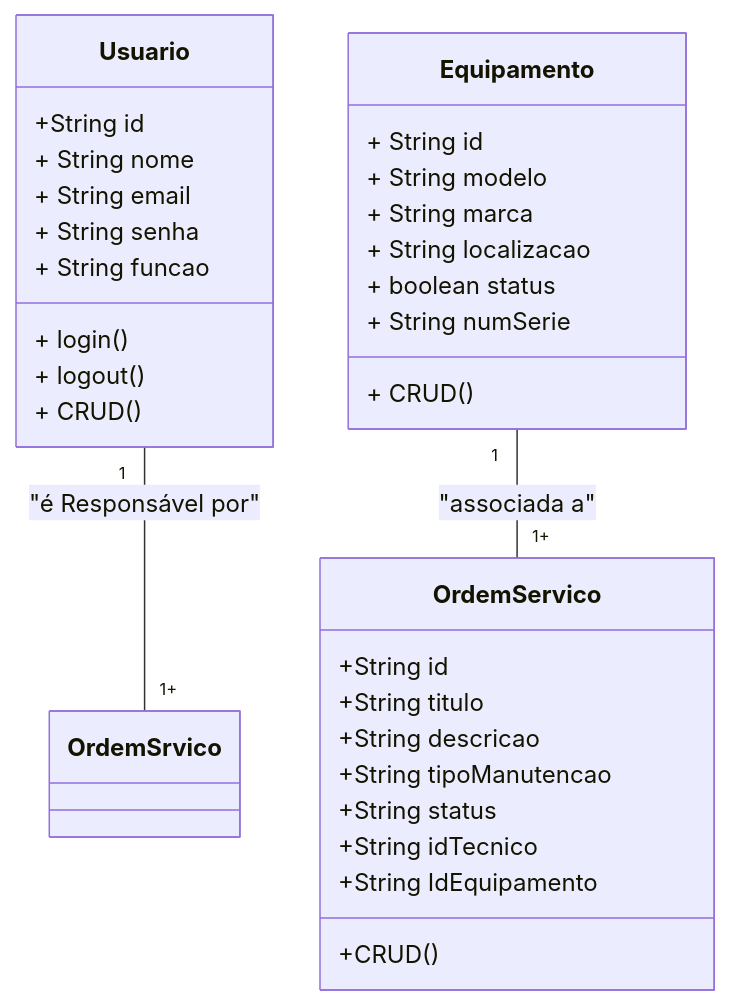
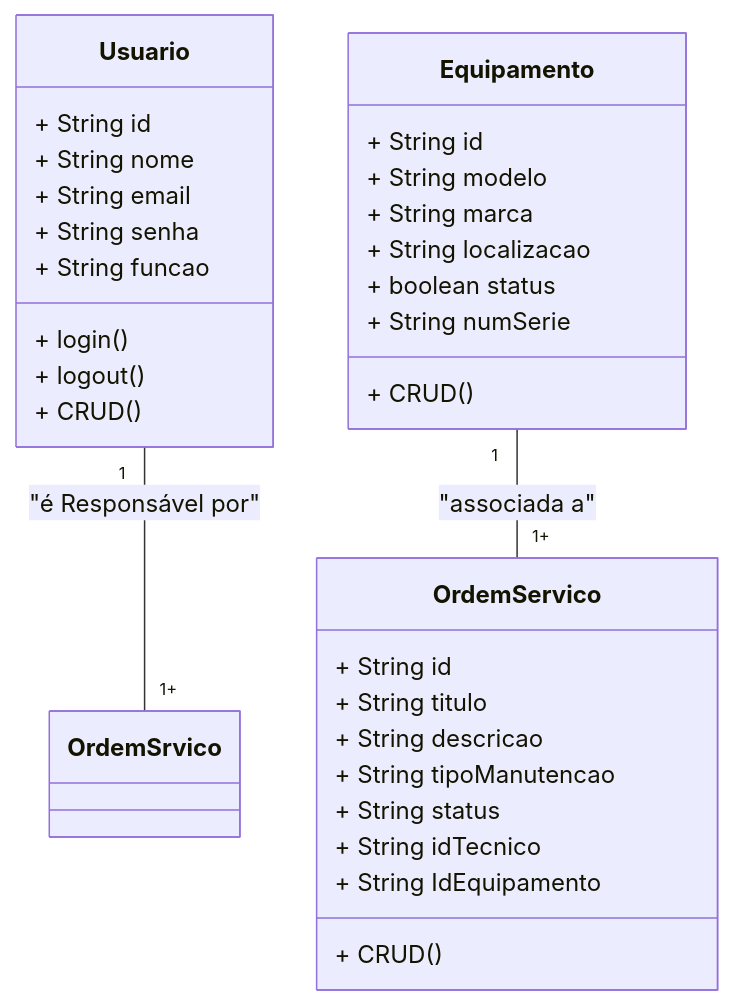
The first of 2 diagrams in Frameworks/Next/formativa-sgm/README.md (JPcardosoo/FrontEnd), drawn with Mermaid before and after one commit. The commit also changed other lines of this file, not shown here.

````diff
--- a/Frameworks/Next/formativa-sgm/README.md
+++ b/Frameworks/Next/formativa-sgm/README.md
@@ -50,40 +50,40 @@
 ```mermaid
 
 classDiagram
 
 class Usuario {
-    +String id
+    + String id
     + String nome
     + String email
     + String senha
     + String funcao
     + login()
     + logout()
     + CRUD()
 }
 
 class Equipamento{
     + String id
     + String modelo
     + String marca
     + String localizacao
     + boolean status
     + String numSerie
     + CRUD()
 }
 
     class OrdemServico{
-        +String id
-        +String titulo
-        +String descricao
-        +String tipoManutencao
-        +String status
-        +String idTecnico
-        +String IdEquipamento
-        +CRUD()
+        + String id
+        + String titulo
+        + String descricao
+        + String tipoManutencao
+        + String status
+        + String idTecnico
+        + String IdEquipamento
+        + CRUD()
     }
 
     Usuario "1"--"1+" OrdemSrvico: "é Responsável por"
     Equipamento "1"--"1+" OrdemServico: "associada a"
 
 ```
````
